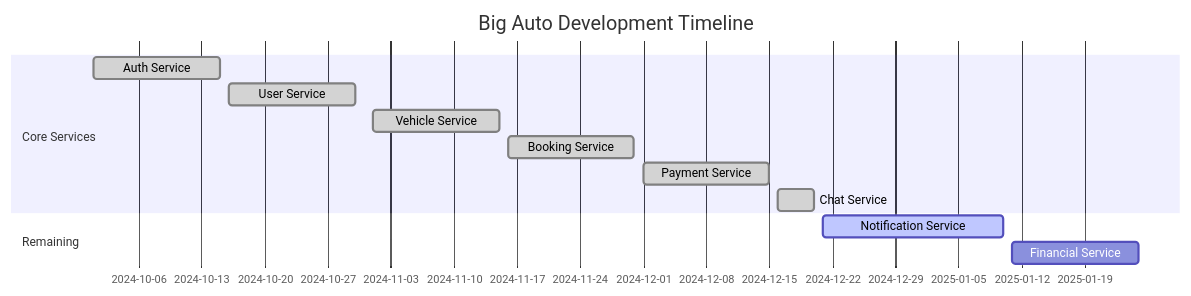
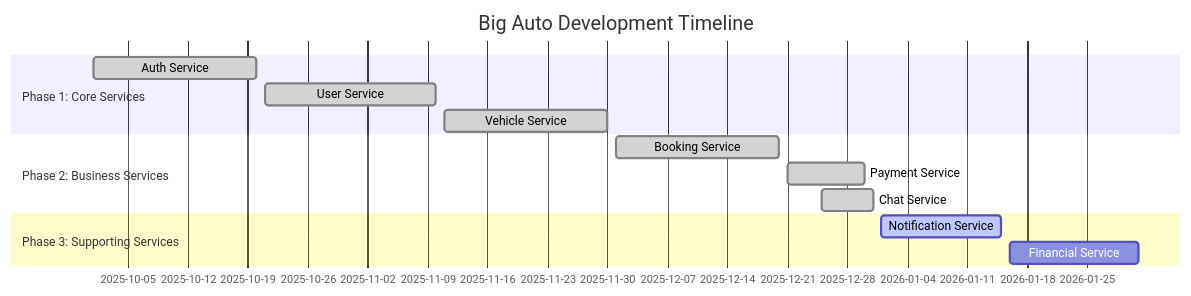
One commit to Arsysky7/BIGAUTO changed the first of 3 diagrams in README.md. Above: the diagram before and after it, drawn with Mermaid. The commit also changed other lines of this file, not shown here.

Commit message:
Flow Project

````diff
--- a/README.md
+++ b/README.md
@@ -49,15 +49,16 @@
 ```mermaid
 gantt
     title Big Auto Development Timeline
     dateFormat  YYYY-MM-DD
-    section Core Services
-    Auth Service           :done, auth, 2024-10-01, 2024-10-15
-    User Service           :done, user, 2024-10-16, 2024-10-30
-    Vehicle Service        :done, vehicle, 2024-11-01, 2024-11-15
-    Booking Service        :done, booking, 2024-11-16, 2024-11-30
-    Payment Service        :done, payment, 2024-12-01, 2024-12-15
-    Chat Service           :done, chat, 2024-12-16, 2024-12-20
-    section Remaining
-    Notification Service   :active, notify, 2024-12-21, 2025-01-10
-    Financial Service      :financial, 2025-01-11, 2025-01-25
+    section Phase 1: Core Services
+    Auth Service           :done, auth, 2025-10-01, 2025-10-20
+    User Service           :done, user, 2025-10-21, 2025-11-10
+    Vehicle Service        :done, vehicle, 2025-11-11, 2025-11-30
+    section Phase 2: Business Services
+    Booking Service        :done, booking, 2025-12-01, 2025-12-20
+    Payment Service        :done, payment, 2025-12-21, 2025-12-30
+    Chat Service           :done, chat, 2025-12-25, 2025-12-31
+    section Phase 3: Supporting Services
+    Notification Service   :active, notify, 2026-01-01, 2026-01-15
+    Financial Service      :financial, 2026-01-16, 2026-01-31
 ```
````
